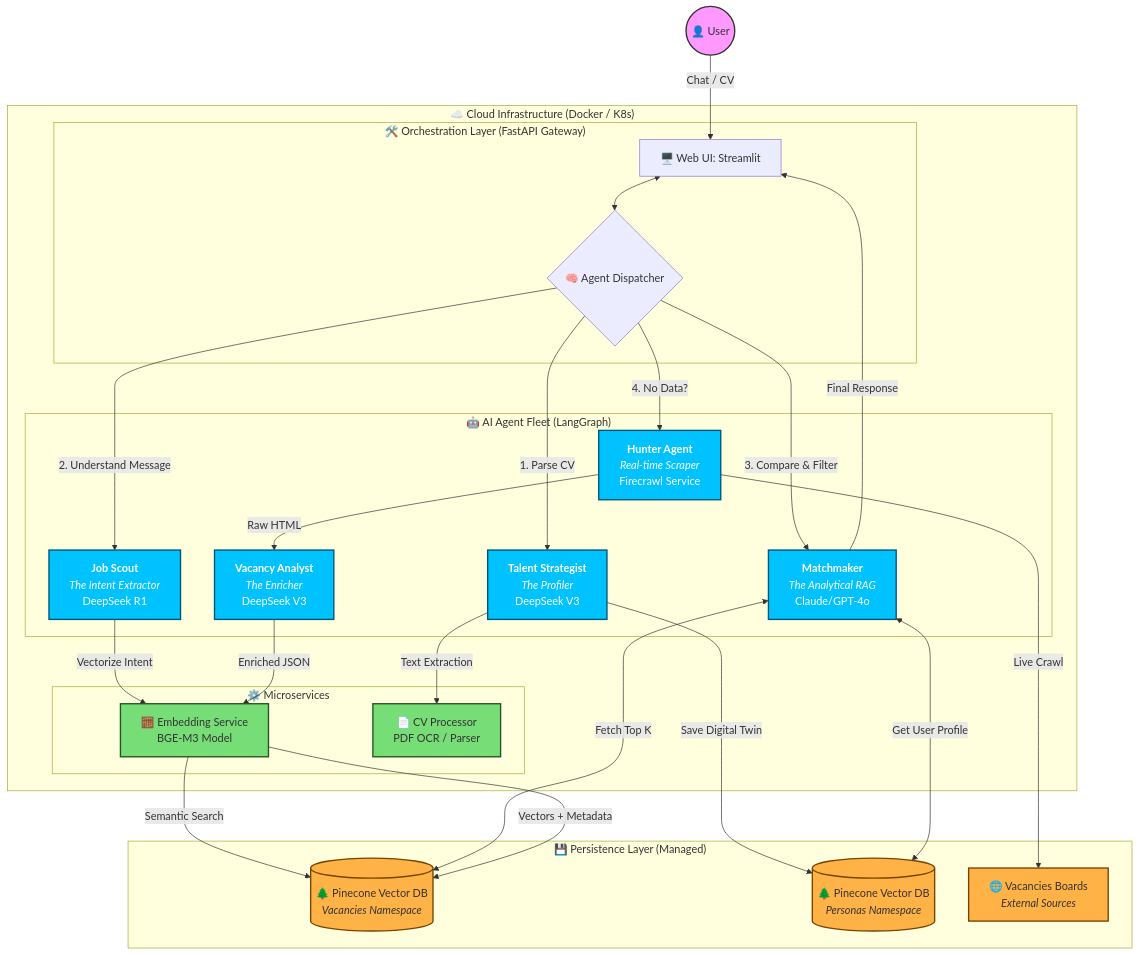
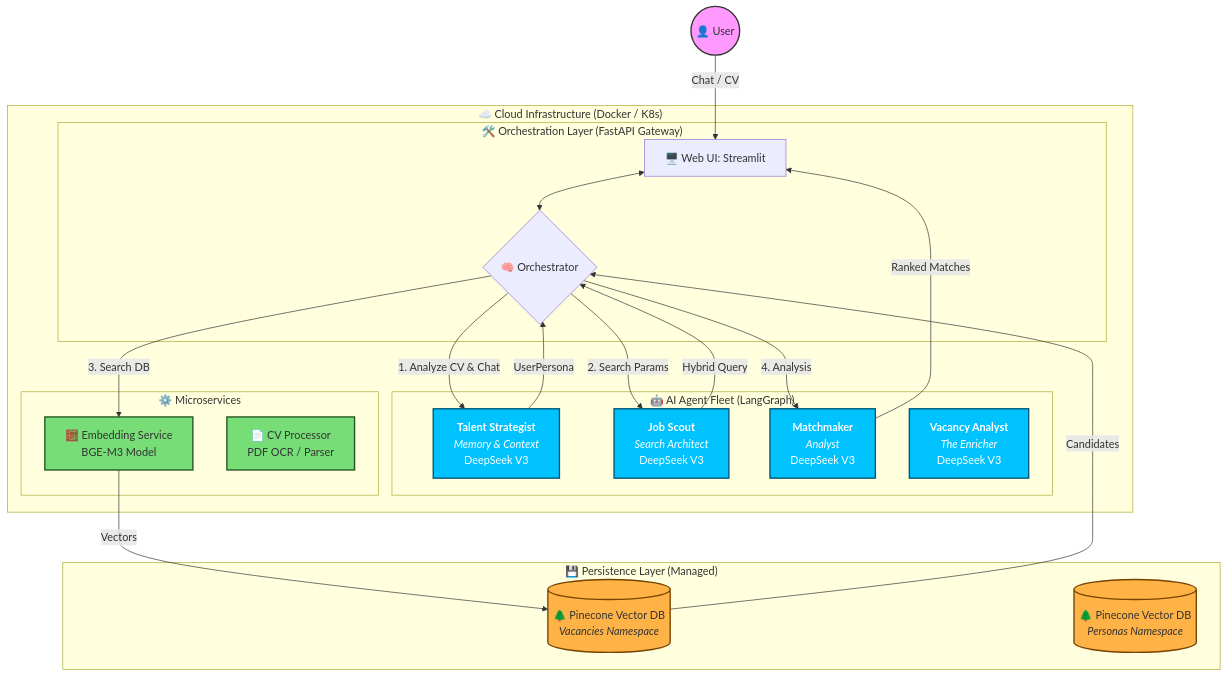
The first of 2 diagrams in README.md (kkonst-bond-edu/funds-search), drawn with Mermaid before and after one commit. The commit also changed other lines of this file and 15 other files, not shown here.

First line of the commit message:
feat: implement 3-agent architecture and update docs

````diff
--- a/README.md
+++ b/README.md
@@ -61,63 +61,50 @@
 ```mermaid
 graph TD
     %% Colors and Styles
     classDef user fill:#f9f,stroke:#333,stroke-width:2px;
     classDef agent fill:#00c2ff,stroke:#005577,stroke-width:2px,color:#fff;
     classDef service fill:#77dd77,stroke:#225522,stroke-width:2px;
     classDef database fill:#ffb347,stroke:#774400,stroke-width:2px;
     classDef infrastructure fill:#e1e1e1,stroke:#666,stroke-width:2px,stroke-dasharray: 5 5;
 
     %% Client Side
     USER((👤 User)):::user -->|Chat / CV| UI[🖥️ Web UI: Streamlit]
 
     subgraph "☁️ Cloud Infrastructure (Docker / K8s)"
         
         subgraph "🛠️ Orchestration Layer (FastAPI Gateway)"
-            UI <--> HUB{🧠 Agent Dispatcher}
+            UI <--> HUB{🧠 Orchestrator}
         end
 
         %% Specialized Agents
         subgraph "🤖 AI Agent Fleet (LangGraph)"
-            TS[<b>Talent Strategist</b><br/><i>The Profiler</i><br/>DeepSeek V3]:::agent
-            JS[<b>Job Scout</b><br/><i>The Intent Extractor</i><br/>DeepSeek R1]:::agent
-            MM[<b>Matchmaker</b><br/><i>The Analytical RAG</i><br/>Claude/GPT-4o]:::agent
-            HA[<b>Hunter Agent</b><br/><i>Real-time Scraper</i><br/>Firecrawl Service]:::agent
+            TS[<b>Talent Strategist</b><br/><i>Memory & Context</i><br/>DeepSeek V3]:::agent
+            JS[<b>Job Scout</b><br/><i>Search Architect</i><br/>DeepSeek V3]:::agent
+            MM[<b>Matchmaker</b><br/><i>Analyst</i><br/>DeepSeek V3]:::agent
             VA[<b>Vacancy Analyst</b><br/><i>The Enricher</i><br/>DeepSeek V3]:::agent
         end
 
         %% Internal Services
         subgraph "⚙️ Microservices"
             EMB[🧮 Embedding Service<br/>BGE-M3 Model]:::service
             CV[📄 CV Processor<br/>PDF OCR / Parser]:::service
         end
     end
 
     %% Data Storage
     subgraph "💾 Persistence Layer (Managed)"
         PC[(🌲 Pinecone Vector DB<br/><i>Vacancies Namespace</i>)]:::database
         PC2[(🌲 Pinecone Vector DB<br/><i>Personas Namespace</i>)]:::database
-        EXT[🌐 Vacancies Boards<br/><i>External Sources</i>]:::database
     end
 
     %% Connections
-    HUB -->|1. Parse CV| TS
-    TS -->|Text Extraction| CV
-    TS -->|Save Digital Twin| PC2
-
-    HUB -->|2. Understand Message| JS
-    JS -->|Vectorize Intent| EMB
-    EMB -->|Semantic Search| PC
-
-    HUB -->|3. Compare & Filter| MM
-    MM <-->|Fetch Top K| PC
-    MM <-->|Get User Profile| PC2
-
-    HUB -->|4. No Data?| HA
-    HA -->|Live Crawl| EXT
-    HA -->|Raw HTML| VA
-    VA -->|Enriched JSON| EMB
-    EMB -->|Vectors + Metadata| PC
-
-    %% Feedback loop
-    MM -->|Final Response| UI
+    HUB -->|1. Analyze CV & Chat| TS
+    TS -->|UserPersona| HUB
+    HUB -->|2. Search Params| JS
+    JS -->|Hybrid Query| HUB
+    HUB -->|3. Search DB| EMB
+    EMB -->|Vectors| PC
+    PC -->|Candidates| HUB
+    HUB -->|4. Analysis| MM
+    MM -->|Ranked Matches| UI
 ```
````
